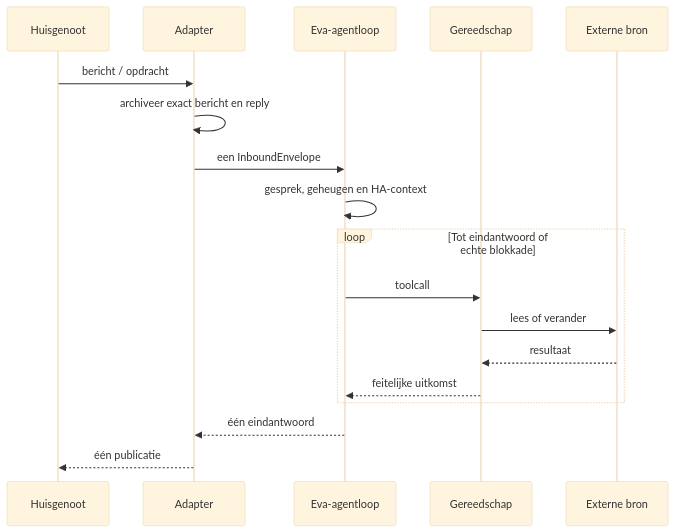
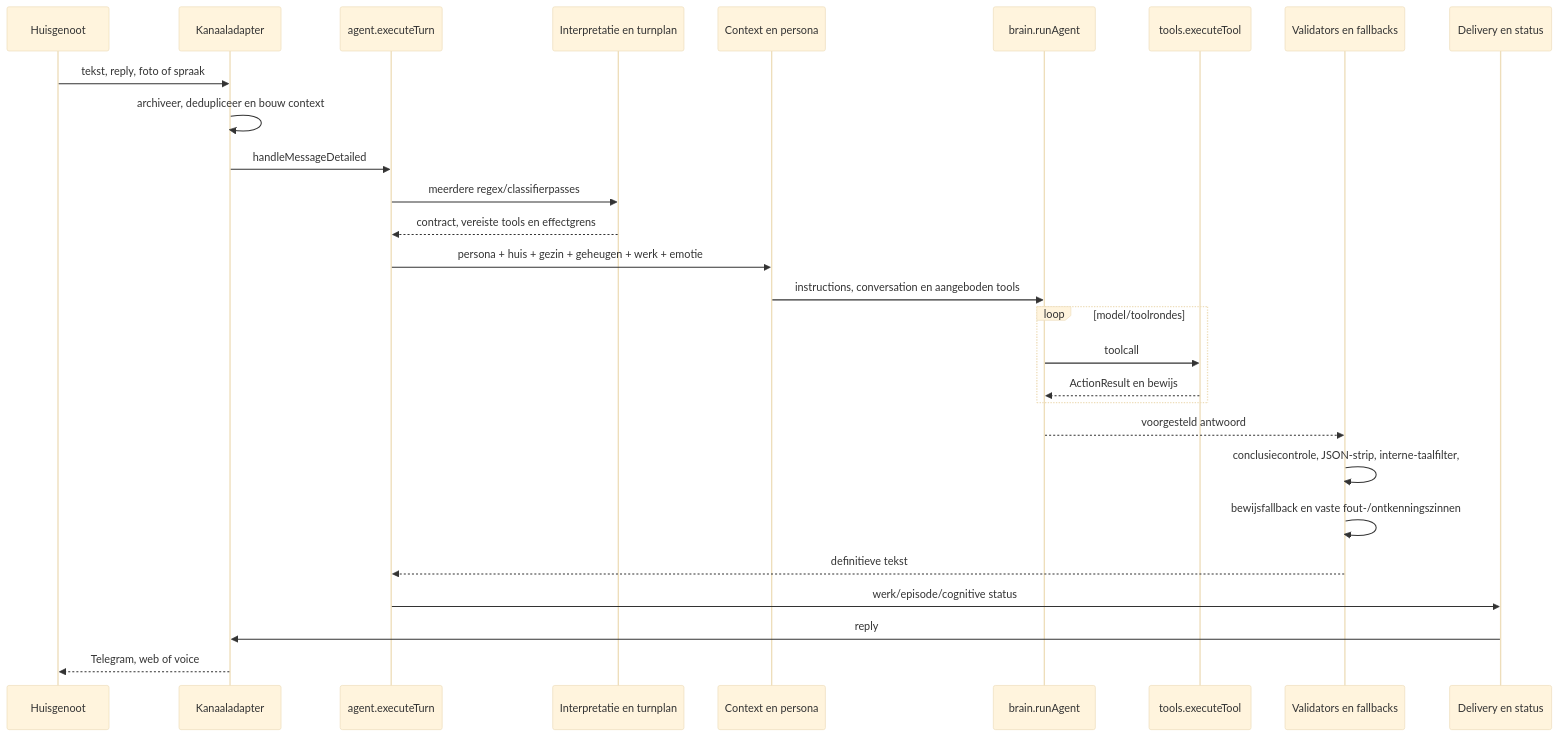
One commit to jaapfrank/eva changed the second of 3 diagrams in docs/eva-runtime-map.md. Above: the diagram before and after it, drawn with Mermaid (base theme). The commit also changed other lines of this file and 15 other files, not shown here.

Commit message:
Centralize runtime policy and map Eva architecture

````diff
--- a/docs/eva-runtime-map.md
+++ b/docs/eva-runtime-map.md
@@ -107,21 +166,31 @@
 ```mermaid
 sequenceDiagram
-    participant M as Huisgenoot
-    participant A as Adapter
-    participant E as Eva-agentloop
-    participant T as Gereedschap
-    participant X as Externe bron
+  participant U as Huisgenoot
+  participant A as Kanaaladapter
+  participant E as agent.executeTurn
+  participant P as Interpretatie en turnplan
+  participant C as Context en persona
+  participant L as brain.runAgent
+  participant T as tools.executeTool
+  participant V as Validators en fallbacks
+  participant D as Delivery en status
 
-    M->>A: bericht / opdracht
-    A->>A: archiveer exact bericht en reply
-    A->>E: een InboundEnvelope
-    E->>E: gesprek, geheugen en HA-context
-    loop Tot eindantwoord of echte blokkade
-        E->>T: toolcall
-        T->>X: lees of verander
-        X-->>T: resultaat
-        T-->>E: feitelijke uitkomst
-    end
-    E-->>A: één eindantwoord
-    A-->>M: één publicatie
+  U->>A: tekst, reply, foto of spraak
+  A->>A: archiveer, dedupliceer en bouw context
+  A->>E: handleMessageDetailed
+  E->>P: meerdere regex/classifierpasses
+  P-->>E: contract, vereiste tools en effectgrens
+  E->>C: persona + huis + gezin + geheugen + werk + emotie
+  C->>L: instructions, conversation en aangeboden tools
+  loop model/toolrondes
+    L->>T: toolcall
+    T-->>L: ActionResult en bewijs
+  end
+  L-->>V: voorgesteld antwoord
+  V->>V: conclusiecontrole, JSON-strip, interne-taalfilter,
+  V->>V: bewijsfallback en vaste fout-/ontkenningszinnen
+  V-->>E: definitieve tekst
+  E->>D: werk/episode/cognitive status
+  D->>A: reply
+  A-->>U: Telegram, web of voice
 ```
````
